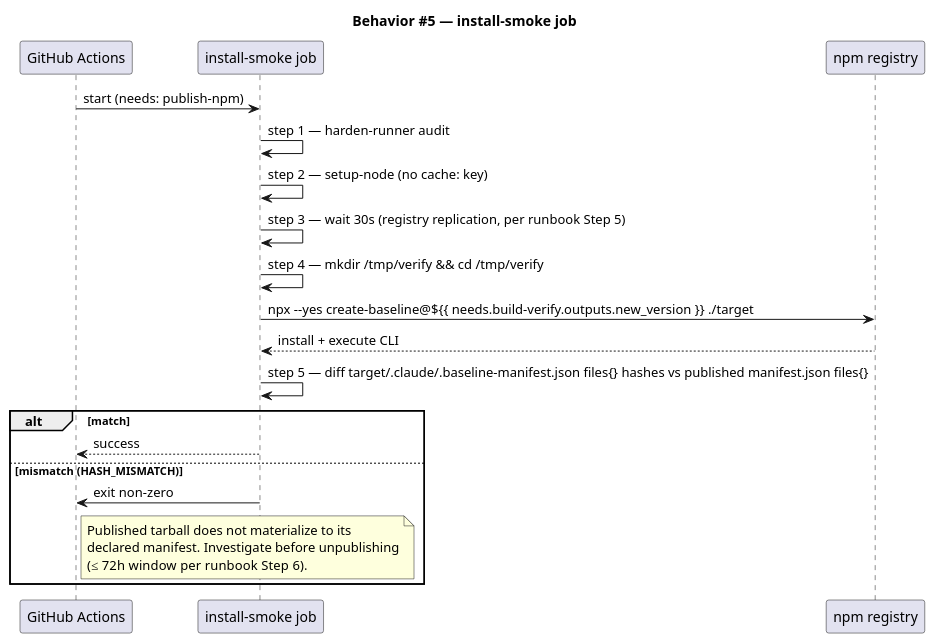
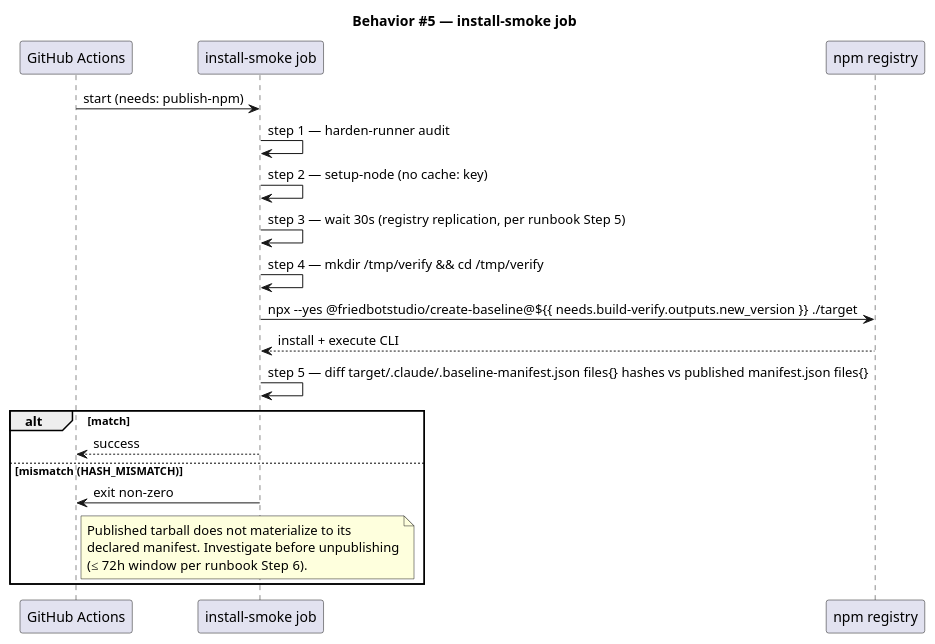
Before and after one commit to friedbotstudio/baseline: the ninth of 12 diagrams in docs/specs/release-workflow.md, drawn with PlantUML. The commit also changed other lines of this file and 29 other files, not shown here.

First line of the commit message:
chore(release): rename npm package to @friedbotstudio/create-baseline

````diff
--- a/docs/specs/release-workflow.md
+++ b/docs/specs/release-workflow.md
@@ -328,27 +328,27 @@
 ```plantuml
 @startuml
 title Behavior #5 — install-smoke job
 participant "GitHub Actions" as GHA
 participant "install-smoke job" as SM
 participant "npm registry" as NPM
 
 GHA -> SM : start (needs: publish-npm)
 SM -> SM : step 1 — harden-runner audit
 SM -> SM : step 2 — setup-node (no cache: key)
 SM -> SM : step 3 — wait 30s (registry replication, per runbook Step 5)
 SM -> SM : step 4 — mkdir /tmp/verify && cd /tmp/verify
-SM -> NPM : npx --yes create-baseline@${{ needs.build-verify.outputs.new_version }} ./target
+SM -> NPM : npx --yes @friedbotstudio/create-baseline@${{ needs.build-verify.outputs.new_version }} ./target
 NPM --> SM : install + execute CLI
 SM -> SM : step 5 — diff target/.claude/.baseline-manifest.json files{} hashes vs published manifest.json files{}
 alt match
   SM --> GHA : success
 else mismatch (HASH_MISMATCH)
   SM -> GHA : exit non-zero
   note right of GHA
     Published tarball does not materialize to its
     declared manifest. Investigate before unpublishing
     (≤ 72h window per runbook Step 6).
   end note
 end
 @enduml
 ```
````
